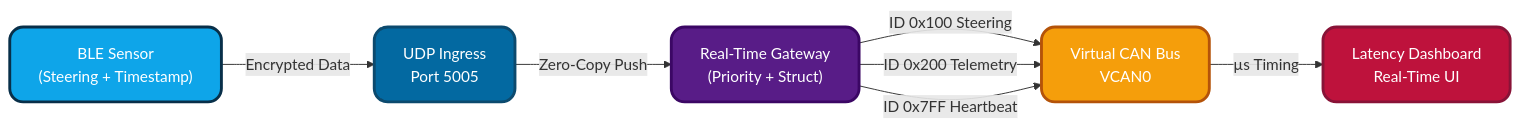
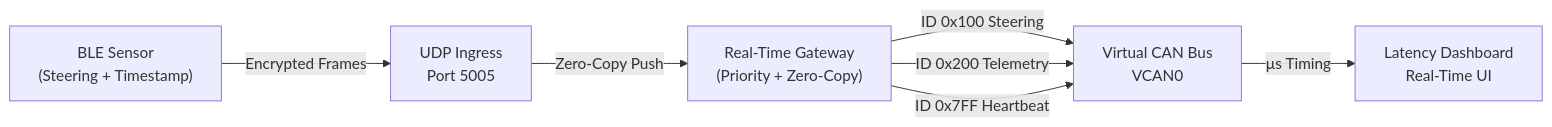
The first of 2 diagrams in README.md (dhakarshailendra829/AegisCAN-RT), drawn with Mermaid before and after one commit. The commit also changed other lines of this file, not shown here.

````diff
--- a/README.md
+++ b/README.md
@@ -39,21 +59,15 @@
 ```mermaid
 flowchart LR
     BLE[" BLE Sensor\n(Steering + Timestamp)"]
     UDP[" UDP Ingress\nPort 5005"]
-    GW[" Real-Time Gateway\n(Priority + Struct)"]
+    GW[" Real‑Time Gateway\n(Priority + Zero‑Copy)"]
     CAN[" Virtual CAN Bus\nVCAN0"]
-    HMI[" Latency Dashboard\nReal-Time UI"]
+    HMI[" Latency Dashboard\nReal‑Time UI"]
 
-    BLE -- Encrypted Data --> UDP
-    UDP -- Zero-Copy Push --> GW
+    BLE -- Encrypted Frames --> UDP
+    UDP -- Zero‑Copy Push --> GW
     GW -- ID 0x100  Steering --> CAN
     GW -- ID 0x200  Telemetry --> CAN
     GW -- ID 0x7FF  Heartbeat --> CAN
     CAN -- µs Timing --> HMI
-
-    style BLE fill:#0ea5e9,stroke:#082f49,stroke-width:3px,color:#fff,rx:14
-    style UDP fill:#0369a1,stroke:#0c4a6e,stroke-width:3px,color:#fff,rx:14
-    style GW fill:#581c87,stroke:#3b0764,stroke-width:3px,color:#fff,rx:14
-    style CAN fill:#f59e0b,stroke:#b45309,stroke-width:3px,color:#fff,rx:14
-    style HMI fill:#be123c,stroke:#881337,stroke-width:3px,color:#fff,rx:14
 ```
````
